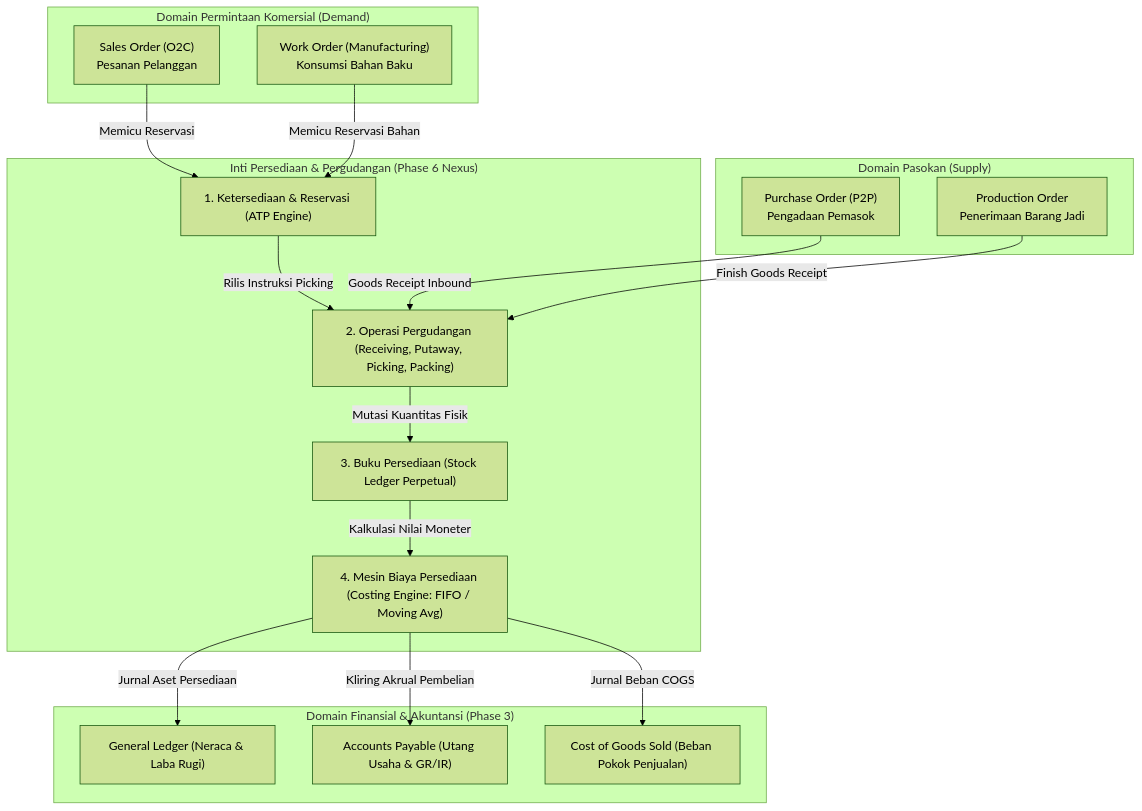
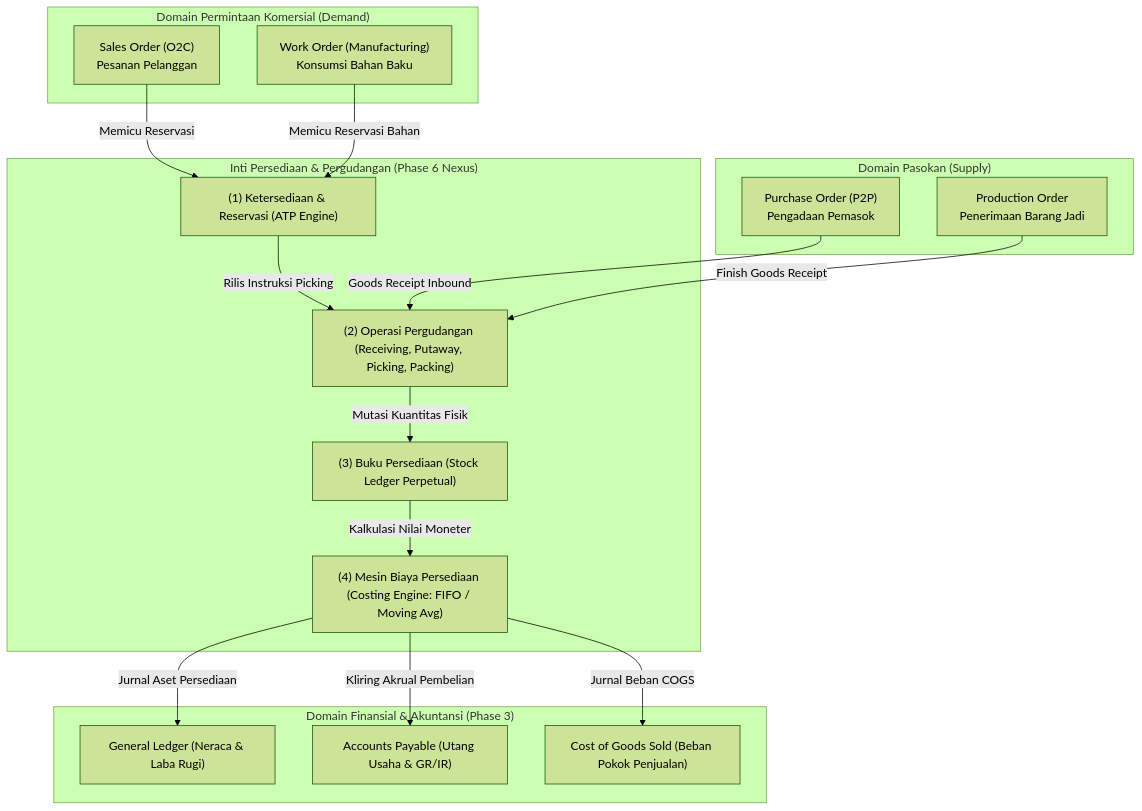
The first of 2 diagrams in content/05-inventory/inventory-integration.md (alimurrofid/erp-notes), drawn with Mermaid (forest theme) before and after one commit. The commit also changed 132 other files, not shown here.

````diff
--- a/content/05-inventory/inventory-integration.md
+++ b/content/05-inventory/inventory-integration.md
@@ -30,39 +30,39 @@
 ```mermaid
 flowchart TD
     subgraph CommercialDemand["Domain Permintaan Komersial (Demand)"]
         SO["Sales Order (O2C)<br/>Pesanan Pelanggan"]
         WO["Work Order (Manufacturing)<br/>Konsumsi Bahan Baku"]
     end
 
     subgraph CommercialSupply["Domain Pasokan (Supply)"]
         PO["Purchase Order (P2P)<br/>Pengadaan Pemasok"]
         PROD["Production Order<br/>Penerimaan Barang Jadi"]
     end
 
     subgraph InventoryCore["Inti Persediaan & Pergudangan (Phase 6 Nexus)"]
-        ATP["1. Ketersediaan & Reservasi (ATP Engine)"]
-        WM["2. Operasi Pergudangan (Receiving, Putaway, Picking, Packing)"]
-        Ledger["3. Buku Persediaan (Stock Ledger Perpetual)"]
-        Valuation["4. Mesin Biaya Persediaan (Costing Engine: FIFO / Moving Avg)"]
+        ATP["(1) Ketersediaan & Reservasi (ATP Engine)"]
+        WM["(2) Operasi Pergudangan (Receiving, Putaway, Picking, Packing)"]
+        Ledger["(3) Buku Persediaan (Stock Ledger Perpetual)"]
+        Valuation["(4) Mesin Biaya Persediaan (Costing Engine: FIFO / Moving Avg)"]
     end
 
     subgraph FinancialImpact["Domain Finansial & Akuntansi (Phase 3)"]
         GL["General Ledger (Neraca & Laba Rugi)"]
         AP["Accounts Payable (Utang Usaha & GR/IR)"]
         COGS["Cost of Goods Sold (Beban Pokok Penjualan)"]
     end
 
     SO -->|"Memicu Reservasi"| ATP
     WO -->|"Memicu Reservasi Bahan"| ATP
     ATP -->|"Rilis Instruksi Picking"| WM
     
     PO -->|"Goods Receipt Inbound"| WM
     PROD -->|"Finish Goods Receipt"| WM
     
     WM -->|"Mutasi Kuantitas Fisik"| Ledger
     Ledger -->|"Kalkulasi Nilai Moneter"| Valuation
     
     Valuation -->|"Jurnal Aset Persediaan"| GL
     Valuation -->|"Jurnal Beban COGS"| COGS
     Valuation -->|"Kliring Akrual Pembelian"| AP
 ```
````
